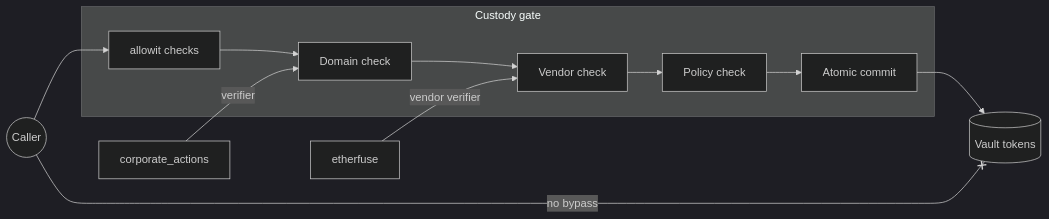
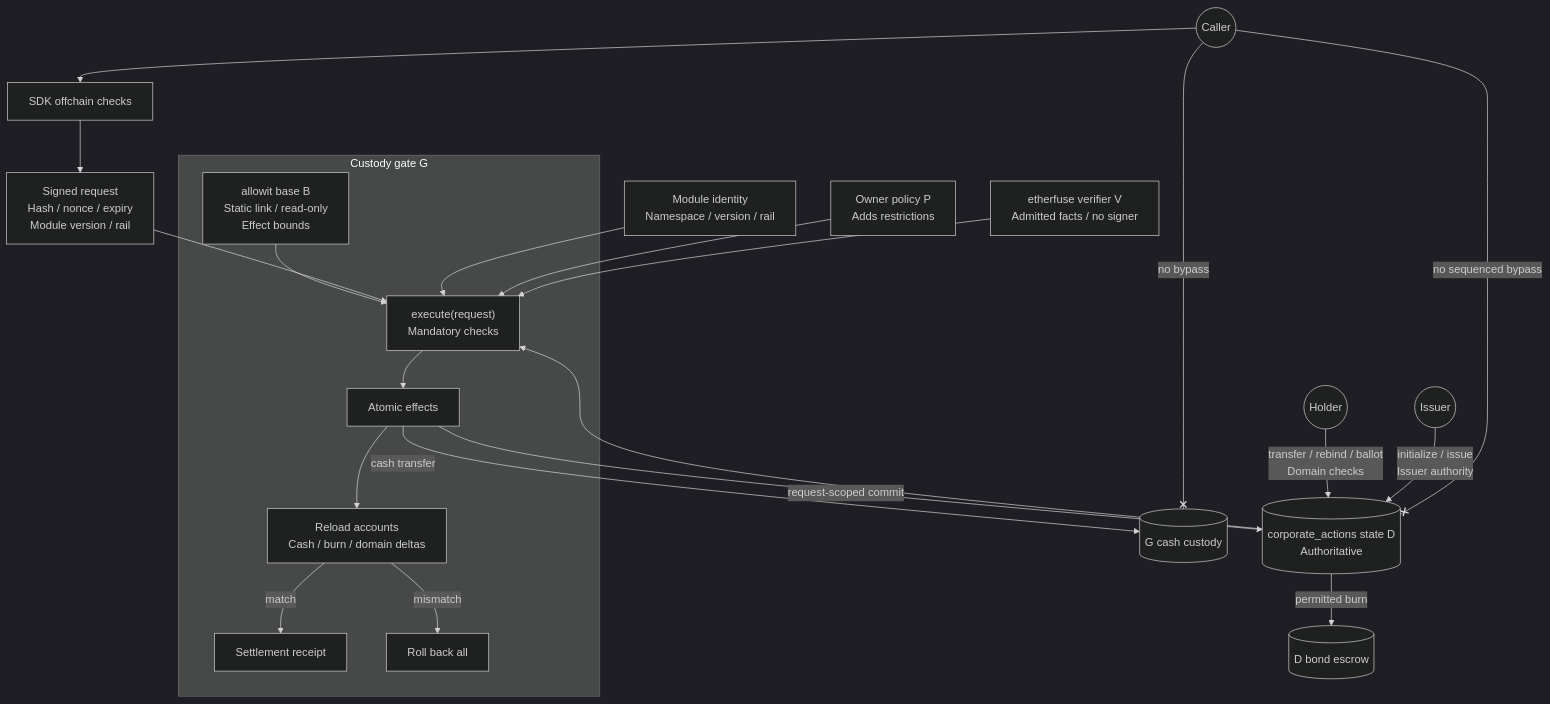
One commit to AllowIt-hq/Colosseum changed the eighth of 8 diagrams in docs/architecture.md. Above: the diagram before and after it, drawn with Mermaid (dark theme). The commit also changed other lines of this file and 1 other file, not shown here.

Commit message:
Align operation namespaces and custody architecture

````diff
--- a/docs/architecture.md
+++ b/docs/architecture.md
@@ -180,15 +203,24 @@
 ```mermaid
-flowchart LR
-    Caller((Caller)) --> Base
-    subgraph Gate[Custody gate]
-        Base[allowit checks] --> Domain[Domain check]
-        Domain --> Vendor[Vendor check]
-        Vendor --> Policy[Policy check]
-        Policy --> Commit[Atomic commit]
+flowchart TB
+    Caller((Caller)) --> SDK[SDK offchain checks]
+    SDK --> Req[Signed request<br/>Hash / nonce / expiry<br/>Module version / rail]
+    subgraph Gate[Custody gate G]
+        Base[allowit base B<br/>Static link / read-only<br/>Effect bounds] --> Check
+        Check["execute(request)<br/>Mandatory checks"] --> Commit[Atomic effects]
+        Commit --> Verify[Reload accounts<br/>Cash / burn / domain deltas]
+        Verify -->|match| Receipt[Settlement receipt]
+        Verify -->|mismatch| Revert[Roll back all]
     end
-    CA[corporate_actions] -->|verifier| Domain
-    EF[etherfuse] -->|vendor verifier| Vendor
-    Commit --> Vault[(Vault tokens)]
-    Caller --x|no bypass| Vault
-
+    Req --> Check
+    Reg[Module identity<br/>Namespace / version / rail] --> Check
+    Policy[Owner policy P<br/>Adds restrictions] --> Check
+    Vendor[etherfuse verifier V<br/>Admitted facts / no signer] --> Check
+    Domain[(corporate_actions state D<br/>Authoritative)] --> Check
+    Commit -->|cash transfer| Cash[(G cash custody)]
+    Commit -->|request-scoped commit| Domain
+    Domain -->|permitted burn| Escrow[(D bond escrow)]
+    Holder((Holder)) -->|transfer / rebind / ballot<br/>Domain checks| Domain
+    Issuer((Issuer)) -->|initialize / issue<br/>Issuer authority| Domain
+    Caller --x|no bypass| Cash
+    Caller --x|no sequenced bypass| Domain
 ```
````
